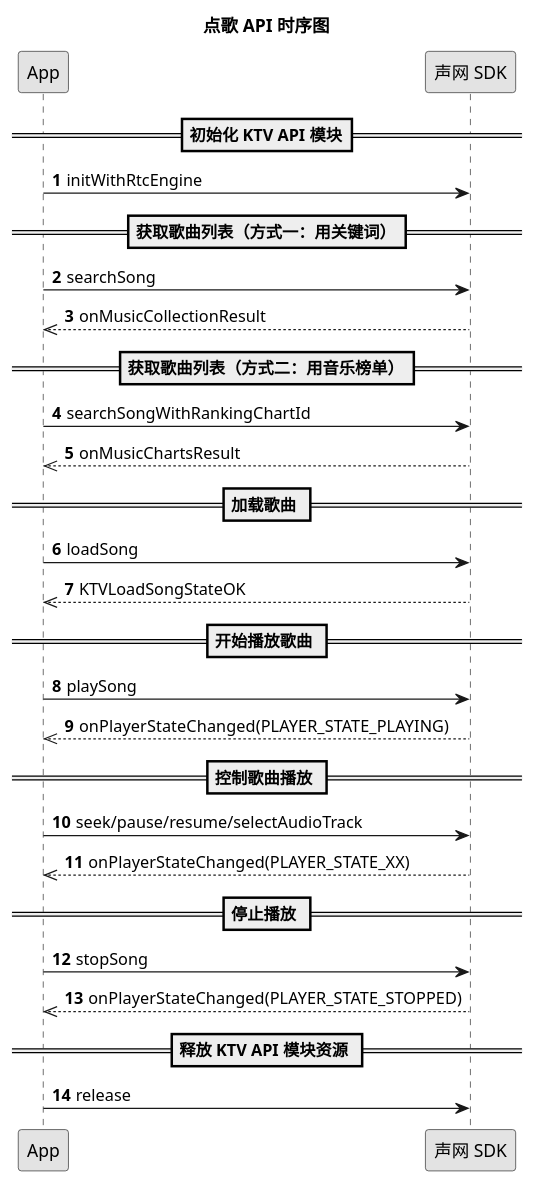
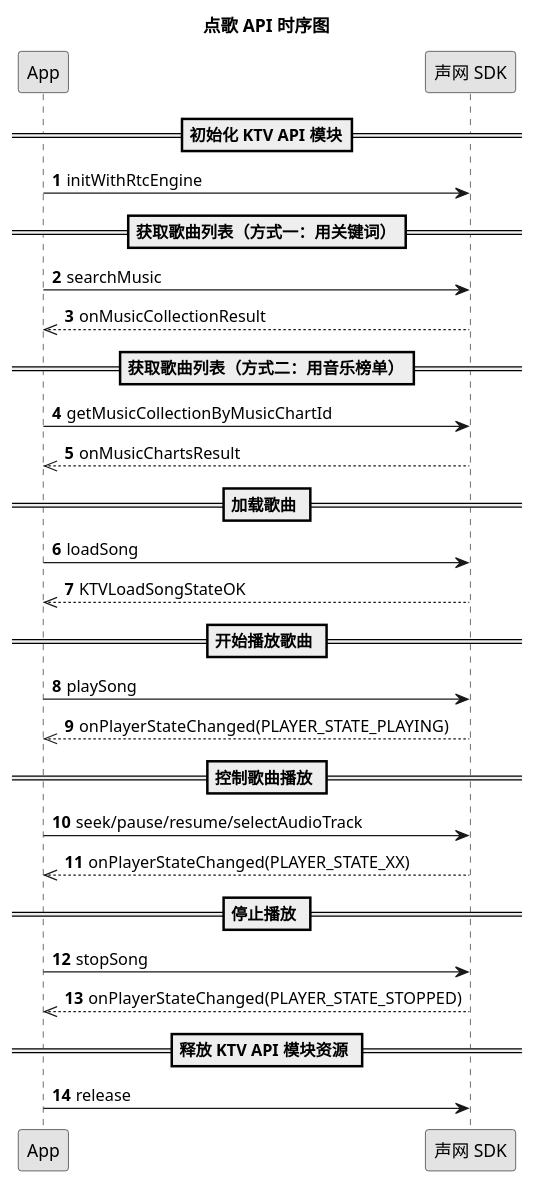
One commit to AgoraIO/agora_doc_source changed the diagram in markdown/online-ktv/改进/场景化方案/Android/实现文档/点歌.wsd. Above: the diagram before and after it, drawn with PlantUML. The commit also changed 1 other file, not shown here.

```diff
--- a/markdown/online-ktv/改进/场景化方案/Android/实现文档/点歌.wsd
+++ b/markdown/online-ktv/改进/场景化方案/Android/实现文档/点歌.wsd
@@ -1,29 +1,29 @@
 @startuml
 title 点歌 API 时序图
 autonumber
 skinparam monochrome true
 participant "App" as a
 participant "声网 SDK" as b
 == 初始化 KTV API 模块==
 a -> b: initWithRtcEngine
 == 获取歌曲列表（方式一：用关键词）==
-a -> b: searchSong
+a -> b: searchMusic
 b -->> a: onMusicCollectionResult
 == 获取歌曲列表（方式二：用音乐榜单）==
-a -> b: searchSongWithRankingChartId
+a -> b: getMusicCollectionByMusicChartId
 b -->> a: onMusicChartsResult
 == 加载歌曲 ==
 a -> b: loadSong
 b -->> a: KTVLoadSongStateOK
 == 开始播放歌曲 ==
 a -> b: playSong
 b -->> a: onPlayerStateChanged(PLAYER_STATE_PLAYING)
 == 控制歌曲播放 ==
 a ->b: seek/pause/resume/selectAudioTrack
 b -->> a: onPlayerStateChanged(PLAYER_STATE_XX)
 == 停止播放 ==
 a -> b: stopSong
 b -->> a: onPlayerStateChanged(PLAYER_STATE_STOPPED)
 == 释放 KTV API 模块资源 ==
 a ->b: release
 @enduml
```
